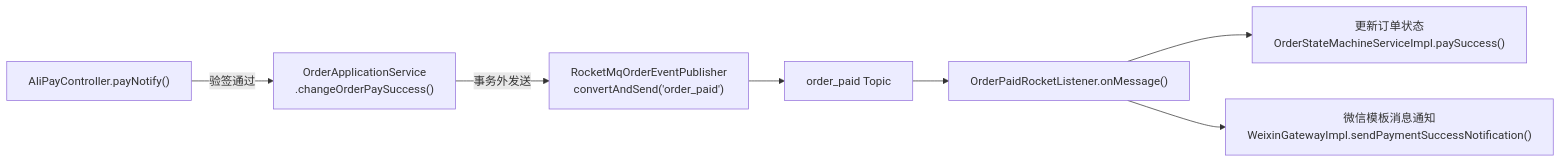
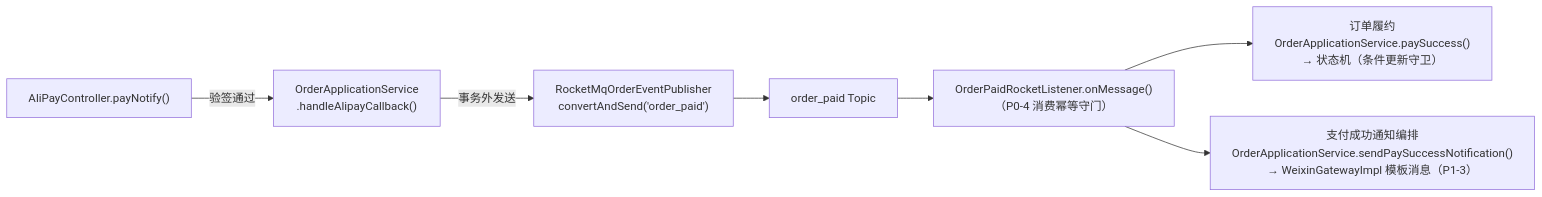
One commit to sxlva/s-pay-mall changed the fourth of 5 diagrams in docs/design/module-order-pay.md. Above: the diagram before and after it, drawn with Mermaid. The commit also changed other lines of this file and 3 other files, not shown here.

````diff
--- a/docs/design/module-order-pay.md
+++ b/docs/design/module-order-pay.md
@@ -171,9 +172,9 @@
 ```mermaid
 flowchart LR
-    A["AliPayController.payNotify()"] -->|验签通过| B["OrderApplicationService<br/>.changeOrderPaySuccess()"]
+    A["AliPayController.payNotify()"] -->|验签通过| B["OrderApplicationService<br/>.handleAlipayCallback()"]
     B -->|事务外发送| C["RocketMqOrderEventPublisher<br/>convertAndSend('order_paid')"]
     C --> D["order_paid Topic"]
-    D --> E["OrderPaidRocketListener.onMessage()"]
-    E --> F["更新订单状态<br/>OrderStateMachineServiceImpl.paySuccess()"]
-    E --> G["微信模板消息通知<br/>WeixinGatewayImpl.sendPaymentSuccessNotification()"]
+    D --> E["OrderPaidRocketListener.onMessage()<br/>（P0-4 消费幂等守门）"]
+    E --> F["订单履约<br/>OrderApplicationService.paySuccess()<br/>→ 状态机（条件更新守卫）"]
+    E --> G["支付成功通知编排<br/>OrderApplicationService.sendPaySuccessNotification()<br/>→ WeixinGatewayImpl 模板消息（P1-3）"]
 ```
````
